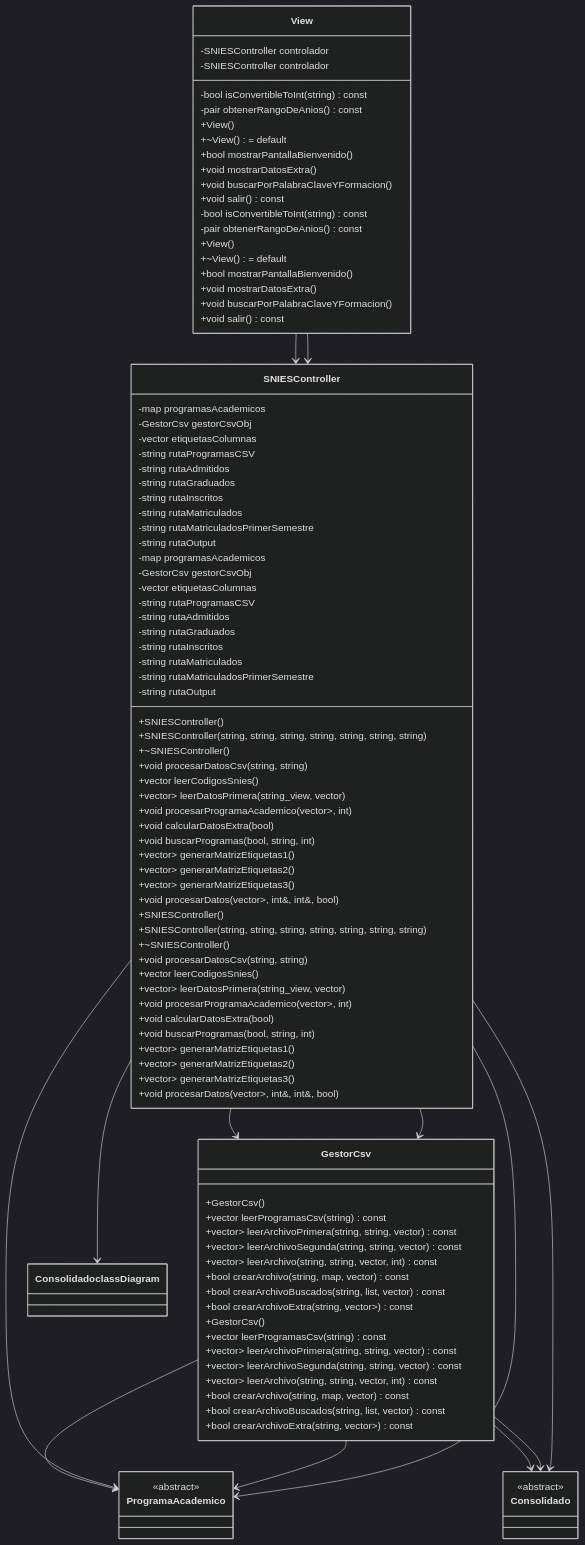
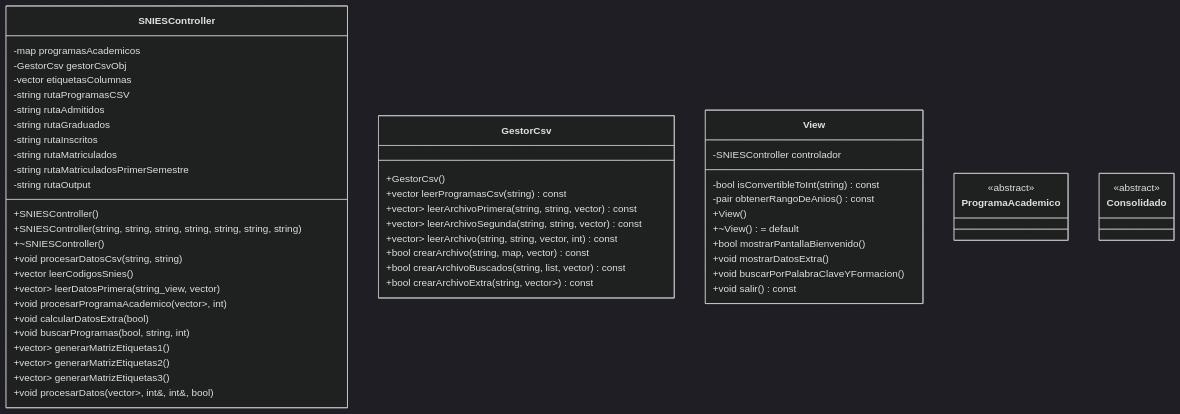
The diagram in README.md (300CIS017-Object-Oriented-Programming/proyecto-2-snies-extractor-sniesbio), drawn with Mermaid (dark theme) before and after one commit.

````diff
--- a/README.md
+++ b/README.md
@@ -106,73 +106,5 @@
         <<abstract>>
     }
 
-    SNIESController --> GestorCsv
-    View --> SNIESController
-    GestorCsv --> ProgramaAcademico
-    GestorCsv --> Consolidado
-    SNIESController --> ProgramaAcademico
-    SNIESController --> ConsolidadoclassDiagram
-    class SNIESController {
-        -map<int, ProgramaAcademico*> programasAcademicos
-        -GestorCsv gestorCsvObj
-        -vector<string> etiquetasColumnas
-        -string rutaProgramasCSV
-        -string rutaAdmitidos
-        -string rutaGraduados
-        -string rutaInscritos
-        -string rutaMatriculados
-        -string rutaMatriculadosPrimerSemestre
-        -string rutaOutput
-        +SNIESController()
-        +SNIESController(string, string, string, string, string, string, string)
-        +~SNIESController()
-        +void procesarDatosCsv(string, string)
-        +vector<int> leerCodigosSnies()
-        +vector<vector<string>> leerDatosPrimera(string_view, vector<int>)
-        +void procesarProgramaAcademico(vector<vector<string>>, int)
-        +void calcularDatosExtra(bool)
-        +void buscarProgramas(bool, string, int)
-        +vector<vector<string>> generarMatrizEtiquetas1()
-        +vector<vector<string>> generarMatrizEtiquetas2()
-        +vector<vector<string>> generarMatrizEtiquetas3()
-        +void procesarDatos(vector<vector<string>>, int&, int&, bool)
-    }
-
-    class GestorCsv {
-        +GestorCsv()
-        +vector<int> leerProgramasCsv(string) const
-        +vector<vector<string>> leerArchivoPrimera(string, string, vector<int>) const
-        +vector<vector<string>> leerArchivoSegunda(string, string, vector<int>) const
-        +vector<vector<string>> leerArchivo(string, string, vector<int>, int) const
-        +bool crearArchivo(string, map<int, ProgramaAcademico*>, vector<string>) const
-        +bool crearArchivoBuscados(string, list<ProgramaAcademico*>, vector<string>) const
-        +bool crearArchivoExtra(string, vector<vector<string>>) const
-    }
-
-    class View {
-        -SNIESController controlador
-        -bool isConvertibleToInt(string) const
-        -pair<string, string> obtenerRangoDeAnios() const
-        +View()
-        +~View() = default
-        +bool mostrarPantallaBienvenido()
-        +void mostrarDatosExtra()
-        +void buscarPorPalabraClaveYFormacion()
-        +void salir() const
-    }
-
-    class ProgramaAcademico {
-        <<abstract>>
-    }
-
-    class Consolidado {
-        <<abstract>>
-    }
-
-    SNIESController --> GestorCsv
-    View --> SNIESController
-    GestorCsv --> ProgramaAcademico
-    GestorCsv --> Consolidado
-    SNIESController --> ProgramaAcademico
-    SNIESController --> Consolidado
+   
 ```
````
